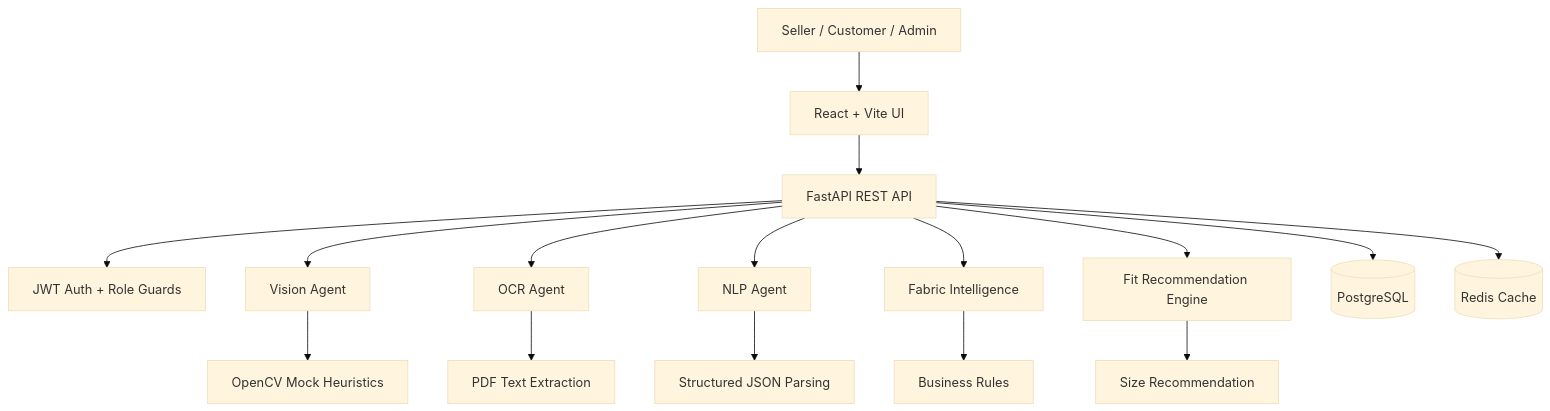
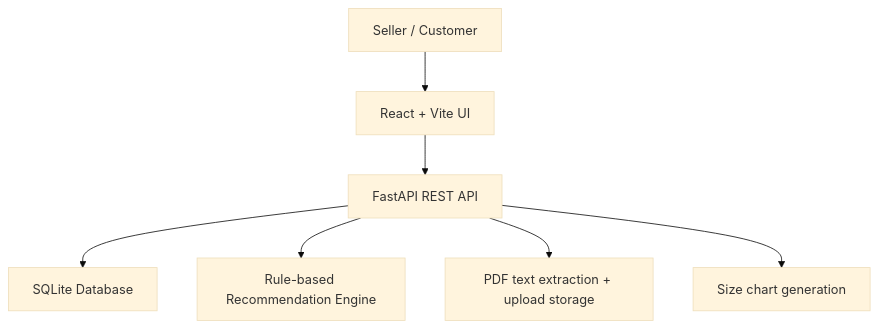
Before and after one commit to klu2300031150/fitwise-ai: the diagram in docs/architecture.md, drawn with Mermaid (base theme). The commit also changed other lines of this file and 31 other files, not shown here.

````diff
--- a/docs/architecture.md
+++ b/docs/architecture.md
@@ -3,18 +3,9 @@
 ```mermaid
 graph TD
-    A[Seller / Customer / Admin] --> B[React + Vite UI]
+    A[Seller / Customer] --> B[React + Vite UI]
     B --> C[FastAPI REST API]
-    C --> D[JWT Auth + Role Guards]
-    C --> E[Vision Agent]
-    C --> F[OCR Agent]
-    C --> G[NLP Agent]
-    C --> H[Fabric Intelligence]
-    C --> I[Fit Recommendation Engine]
-    C --> J[(PostgreSQL)]
-    C --> K[(Redis Cache)]
-    E --> L[OpenCV Mock Heuristics]
-    F --> M[PDF Text Extraction]
-    G --> N[Structured JSON Parsing]
-    H --> O[Business Rules]
-    I --> P[Size Recommendation]
+    C --> D[SQLite Database]
+    C --> E[Rule-based Recommendation Engine]
+    C --> F[PDF text extraction + upload storage]
+    C --> G[Size chart generation]
 ```
````
